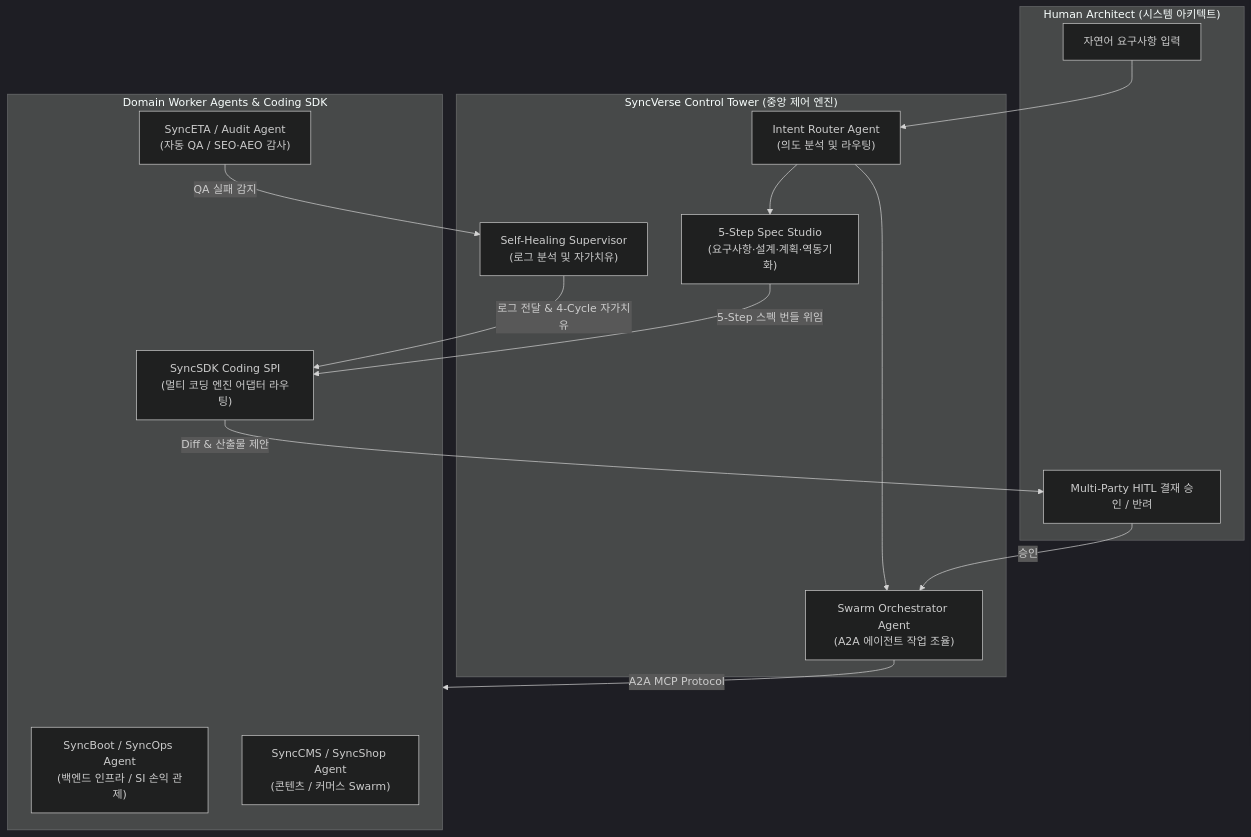
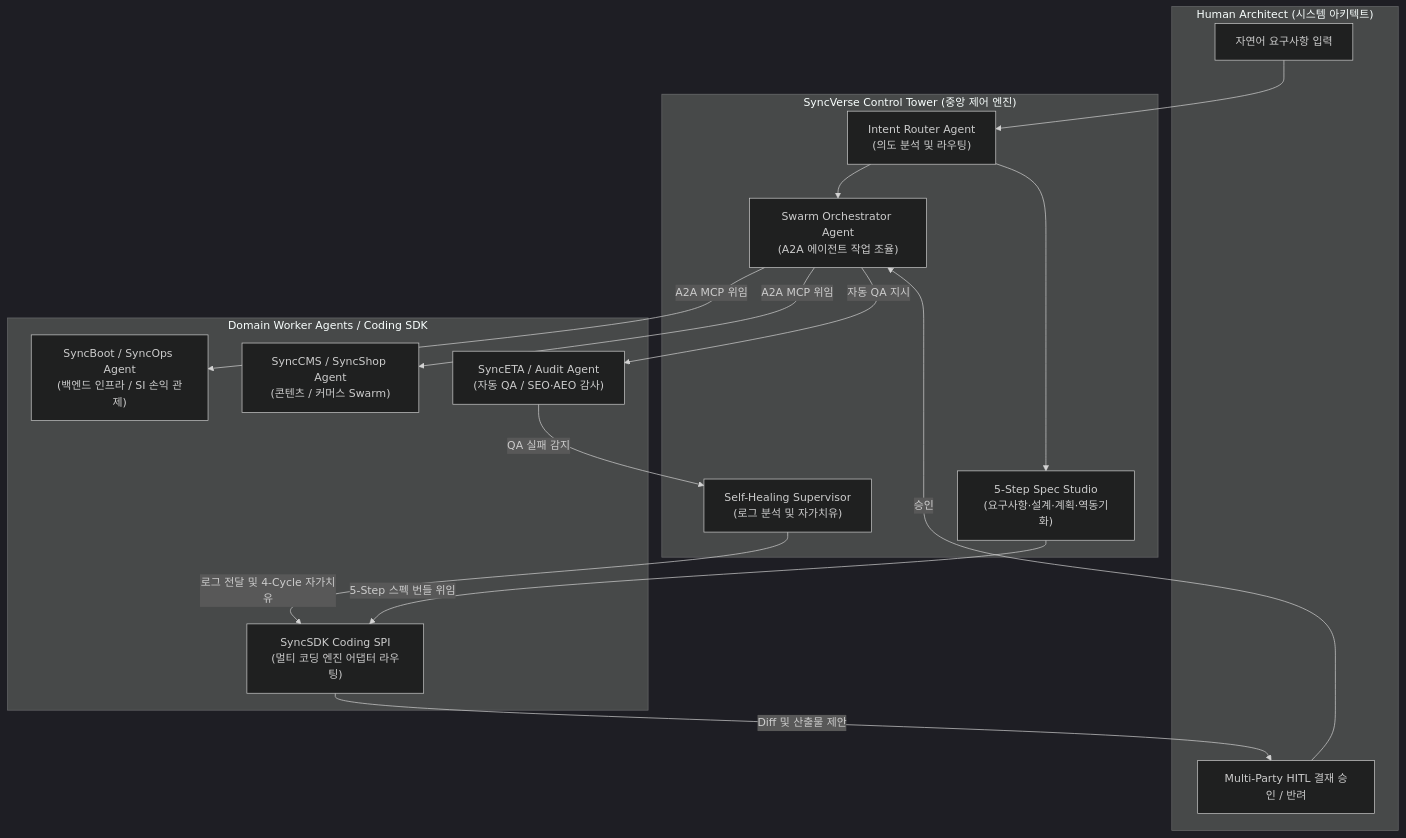
Before and after one commit to DramaticCollaboration/doc.github.io: the diagram in ko/syncverse/index.md, drawn with Mermaid (dark theme). The commit also changed 1 other file, not shown here.

Commit message:
fix(web): resolve doc syncverse mermaid layout, cms-app light header CSS, crawl genuine screenshots, and awesomefit-admin card contrast

````diff
--- a/ko/syncverse/index.md
+++ b/ko/syncverse/index.md
@@ -32,31 +32,33 @@
 ```mermaid
 flowchart TB
-    subgraph Human ["Human Architect (시스템 아키텍트)"]
+    subgraph Human["Human Architect (시스템 아키텍트)"]
         H1["자연어 요구사항 입력"]
         H2["Multi-Party HITL 결재 승인 / 반려"]
     end
 
-    subgraph SyncVerse ["SyncVerse Control Tower (중앙 제어 엔진)"]
+    subgraph SyncVerse["SyncVerse Control Tower (중앙 제어 엔진)"]
         IR["Intent Router Agent<br/>(의도 분석 및 라우팅)"]
         SO["Swarm Orchestrator Agent<br/>(A2A 에이전트 작업 조율)"]
         SS["5-Step Spec Studio<br/>(요구사항·설계·계획·역동기화)"]
         SH["Self-Healing Supervisor<br/>(로그 분석 및 자가치유)"]
     end
 
-    subgraph Workers ["Domain Worker Agents & Coding SDK"]
+    subgraph Workers["Domain Worker Agents / Coding SDK"]
         W1["SyncBoot / SyncOps Agent<br/>(백엔드 인프라 / SI 손익 관제)"]
         W2["SyncCMS / SyncShop Agent<br/>(콘텐츠 / 커머스 Swarm)"]
         W3["SyncETA / Audit Agent<br/>(자동 QA / SEO·AEO 감사)"]
         W4["SyncSDK Coding SPI<br/>(멀티 코딩 엔진 어댑터 라우팅)"]
     end
 
     H1 --> IR
     IR --> SO
     IR --> SS
-    SO -->|"A2A MCP Protocol"| Workers
-    SS -->|"5-Step 스펙 번들 위임"| W4
-    W3 -->|"QA 실패 감지"| SH
-    SH -->|"로그 전달 & 4-Cycle 자가치유"| W4
-    W4 -->|"Diff & 산출물 제안"| H2
-    H2 -->|"승인"| SO
+    SO -->|A2A MCP 위임| W1
+    SO -->|A2A MCP 위임| W2
+    SO -->|자동 QA 지시| W3
+    SS -->|5-Step 스펙 번들 위임| W4
+    W3 -->|QA 실패 감지| SH
+    SH -->|로그 전달 및 4-Cycle 자가치유| W4
+    W4 -->|Diff 및 산출물 제안| H2
+    H2 -->|승인| SO
 ```
````
